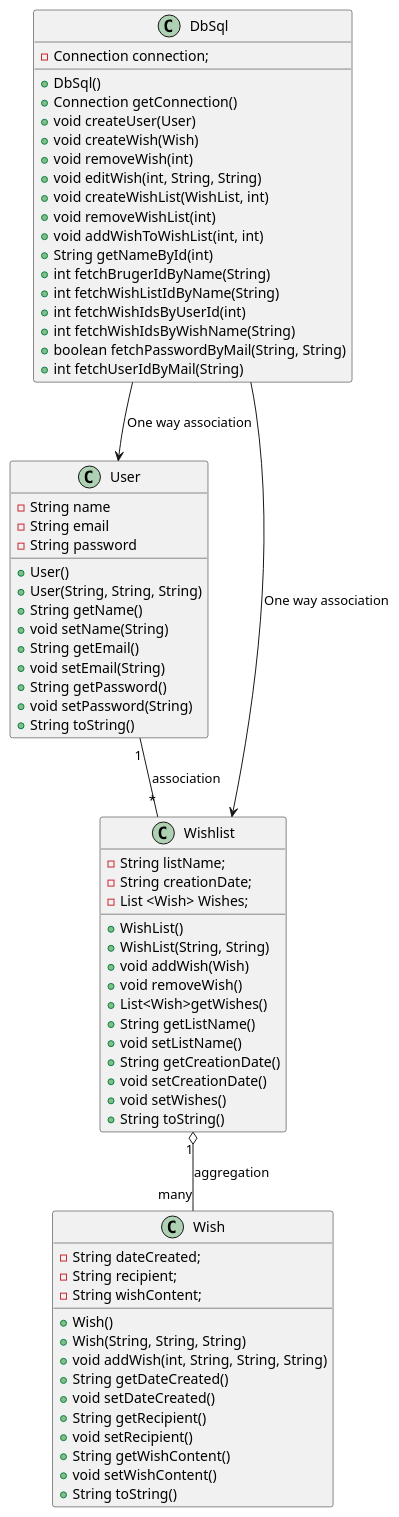
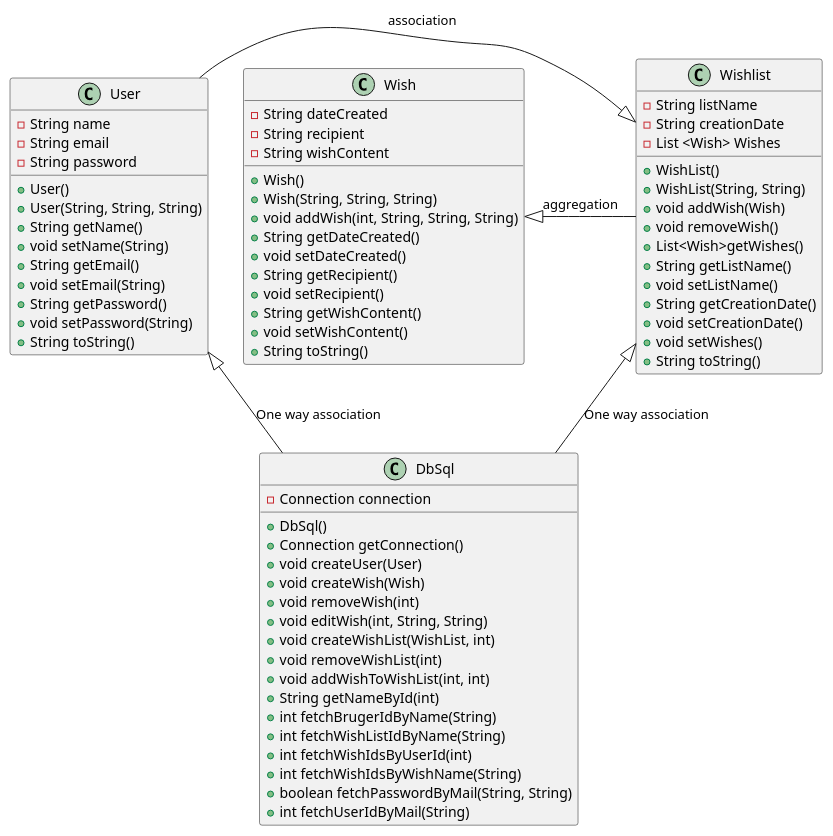
One commit to Emilkroldrup/1SemesterProject changed the diagram in src/main/resources/ClassDiagram.puml. Above: the diagram before and after it, drawn with PlantUML. The commit also changed 8 other files, not shown here.

```diff
--- a/src/main/resources/ClassDiagram.puml
+++ b/src/main/resources/ClassDiagram.puml
@@ -1,78 +1,77 @@
 @startuml
 'https://plantuml.com/class-diagram
 
 class User {
    - String name
    - String email
    - String password
    + User()
    + User(String, String, String)
    + String getName()
    + void setName(String)
    + String getEmail()
    + void setEmail(String)
    + String getPassword()
    + void setPassword(String)
    + String toString()
+}
 
-}
 class Wish {
-   - String dateCreated;
-   - String recipient;
-   - String wishContent;
+   - String dateCreated
+   - String recipient
+   - String wishContent
    + Wish()
    + Wish(String, String, String)
    + void addWish(int, String, String, String)
    + String getDateCreated()
    + void setDateCreated()
    + String getRecipient()
    + void setRecipient()
    + String getWishContent()
    + void setWishContent()
    + String toString()
+}
 
-}
 class Wishlist {
-    - String listName;
-    - String creationDate;
-    - List <Wish> Wishes;
+    - String listName
+    - String creationDate
+    - List <Wish> Wishes
     + WishList()
     + WishList(String, String)
     + void addWish(Wish)
     + void removeWish()
     + List<Wish>getWishes()
     + String getListName()
     + void setListName()
     + String getCreationDate()
     + void setCreationDate()
     + void setWishes()
     + String toString()
+}
 
-}
 class DbSql {
-    - Connection connection;
+    - Connection connection
     + DbSql()
     + Connection getConnection()
     + void createUser(User)
     + void createWish(Wish)
     + void removeWish(int)
     + void editWish(int, String, String)
     + void createWishList(WishList, int)
     + void removeWishList(int)
     + void addWishToWishList(int, int)
     + String getNameById(int)
     + int fetchBrugerIdByName(String)
     + int fetchWishListIdByName(String)
     + int fetchWishIdsByUserId(int)
     + int fetchWishIdsByWishName(String)
     + boolean fetchPasswordByMail(String, String)
     + int fetchUserIdByMail(String)
-
 }
 
-Wishlist "1" o-- "many" Wish : aggregation
-DbSql --> Wishlist : One way association
-DbSql --> User : One way association
-User "1" -- "*" Wishlist : association
+Wishlist -left-|> Wish : aggregation
+DbSql -up-|> Wishlist : One way association
+DbSql -up-|> User : One way association
+User -right-|> Wishlist : association
 
 @enduml
```
